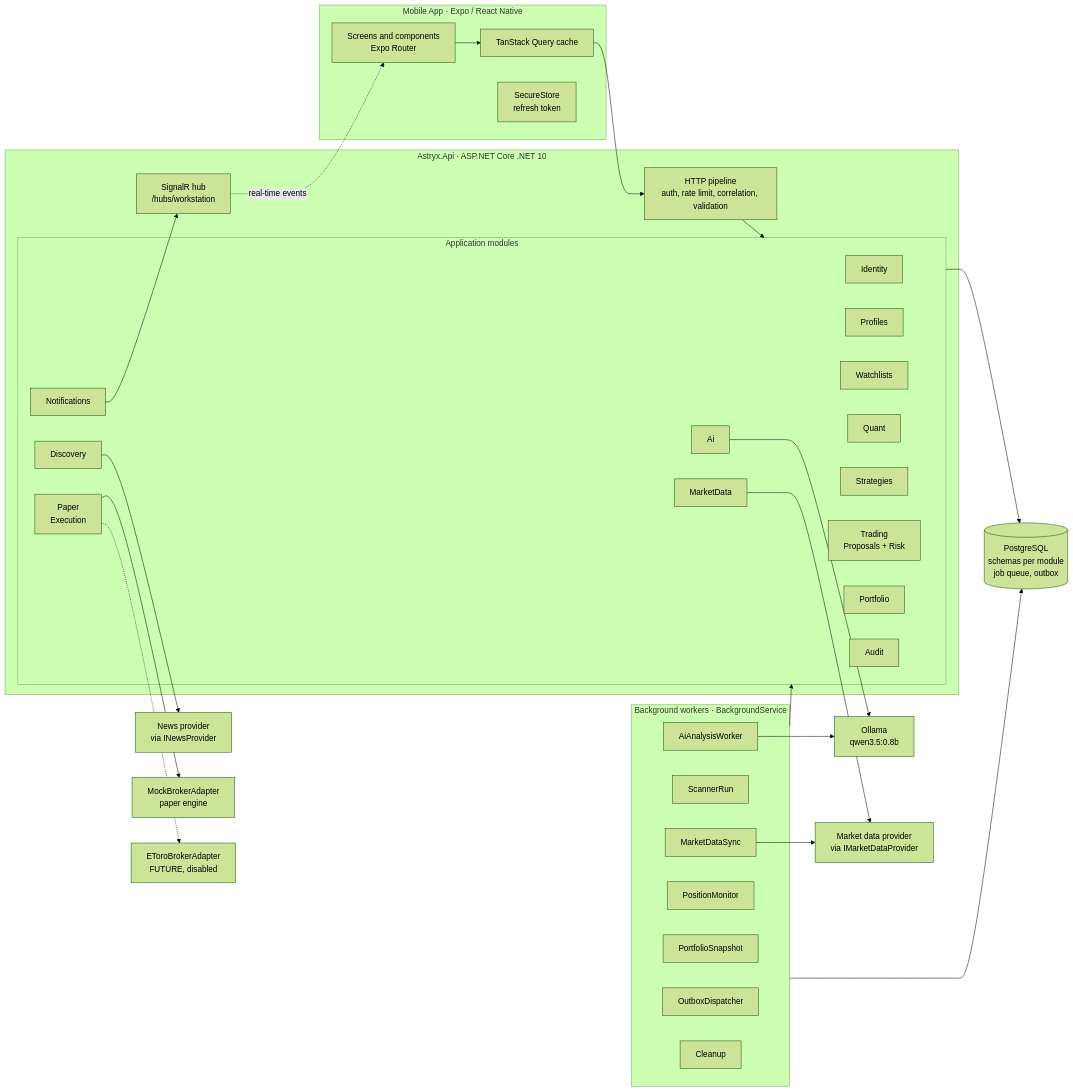
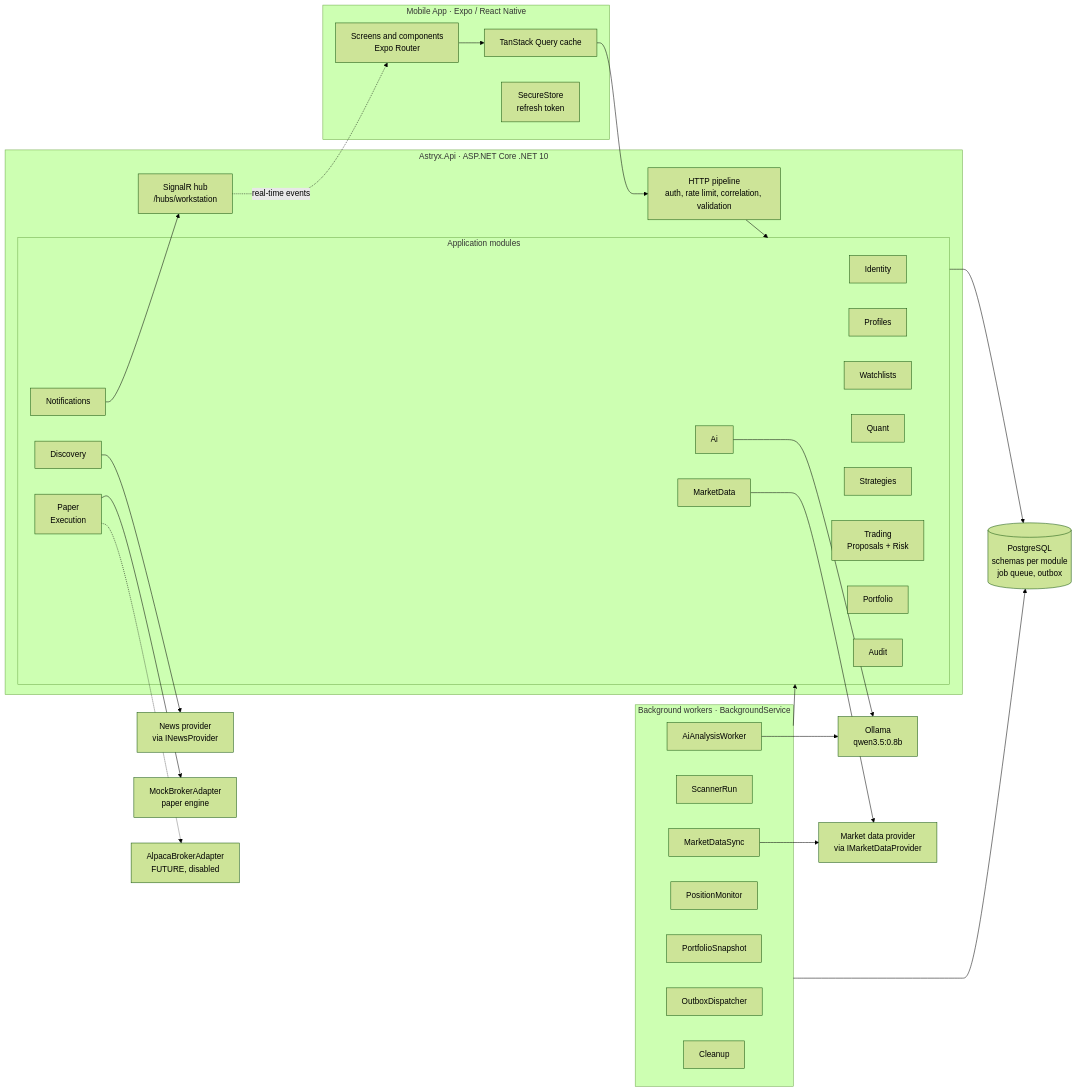
One commit to alexanderalkhazov/astryx changed the first of 11 diagrams in SYSTEM_DESIGN.md. Above: the diagram before and after it, drawn with Mermaid (forest theme). The commit also changed other lines of this file and 23 other files, not shown here.

````diff
--- a/SYSTEM_DESIGN.md
+++ b/SYSTEM_DESIGN.md
@@ -346,60 +346,60 @@
 ```mermaid
 flowchart LR
     subgraph Client["Mobile App · Expo / React Native"]
         UI["Screens and components<br/>Expo Router"]
         RQ["TanStack Query cache"]
         SS["SecureStore<br/>refresh token"]
     end
 
     subgraph Host["Astryx.Api · ASP.NET Core .NET 10"]
         GW["HTTP pipeline<br/>auth, rate limit, correlation, validation"]
         HUB["SignalR hub<br/>/hubs/workstation"]
         subgraph Modules["Application modules"]
             ID["Identity"]
             PR["Profiles"]
             MD["MarketData"]
             DS["Discovery"]
             WL["Watchlists"]
             QT["Quant"]
             AI["Ai"]
             ST["Strategies"]
             TR["Trading<br/>Proposals + Risk"]
             PA["Paper<br/>Execution"]
             PF["Portfolio"]
             NT["Notifications"]
             AU["Audit"]
         end
     end
 
     subgraph Workers["Background workers · BackgroundService"]
         W1["MarketDataSync"]
         W2["ScannerRun"]
         W3["AiAnalysisWorker"]
         W4["PositionMonitor"]
         W5["PortfolioSnapshot"]
         W6["OutboxDispatcher"]
         W7["Cleanup"]
     end
 
     DB[("PostgreSQL<br/>schemas per module<br/>job queue, outbox")]
     OLL["Ollama<br/>qwen3.5:0.8b"]
     MKT["Market data provider<br/>via IMarketDataProvider"]
     NEWS["News provider<br/>via INewsProvider"]
     MOCK["MockBrokerAdapter<br/>paper engine"]
-    ETORO["EToroBrokerAdapter<br/>FUTURE, disabled"]
+    ALPACA["AlpacaBrokerAdapter<br/>FUTURE, disabled"]
 
     UI --> RQ --> GW
     HUB -.->|"real-time events"| UI
     GW --> Modules
     Modules --> DB
     Workers --> DB
     Workers --> Modules
     MD --> MKT
     W1 --> MKT
     AI --> OLL
     W3 --> OLL
     DS --> NEWS
     PA --> MOCK
-    PA -.-> ETORO
+    PA -.-> ALPACA
     NT --> HUB
 ```
````
